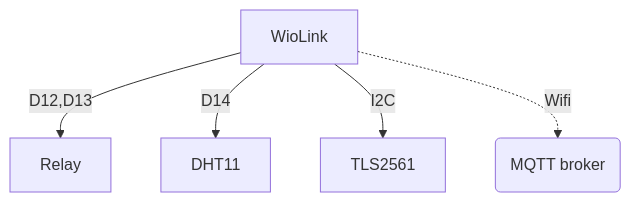
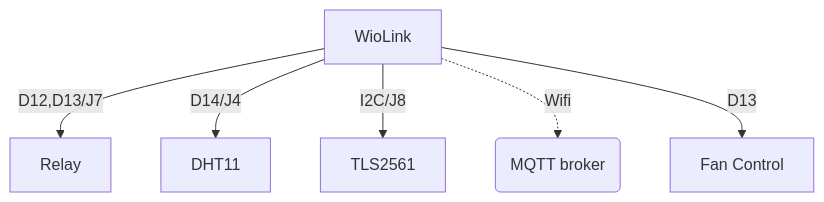
One commit to diegoquesada/WioGreenhouse changed the first of 2 diagrams in README.md. Above: the diagram before and after it, drawn with Mermaid. The commit also changed other lines of this file and 5 other files, not shown here.

Commit message:
Fan control and reboot troubleshooting.

````diff
--- a/README.md
+++ b/README.md
@@ -12,7 +12,8 @@
 ```mermaid
 graph TD;
-   A[WioLink] --> |D12,D13| B[Relay]
-   A --> |D14| C[DHT11]
-   A --> |I2C| D[TLS2561]
+   A[WioLink] --> |D12,D13/J7| B[Relay]
+   A --> |D14/J4| C[DHT11]
+   A --> |I2C/J8| D[TLS2561]
    A -.-> |Wifi| E(MQTT broker)
+   A --> |D13| F[Fan Control]
 ```
````
